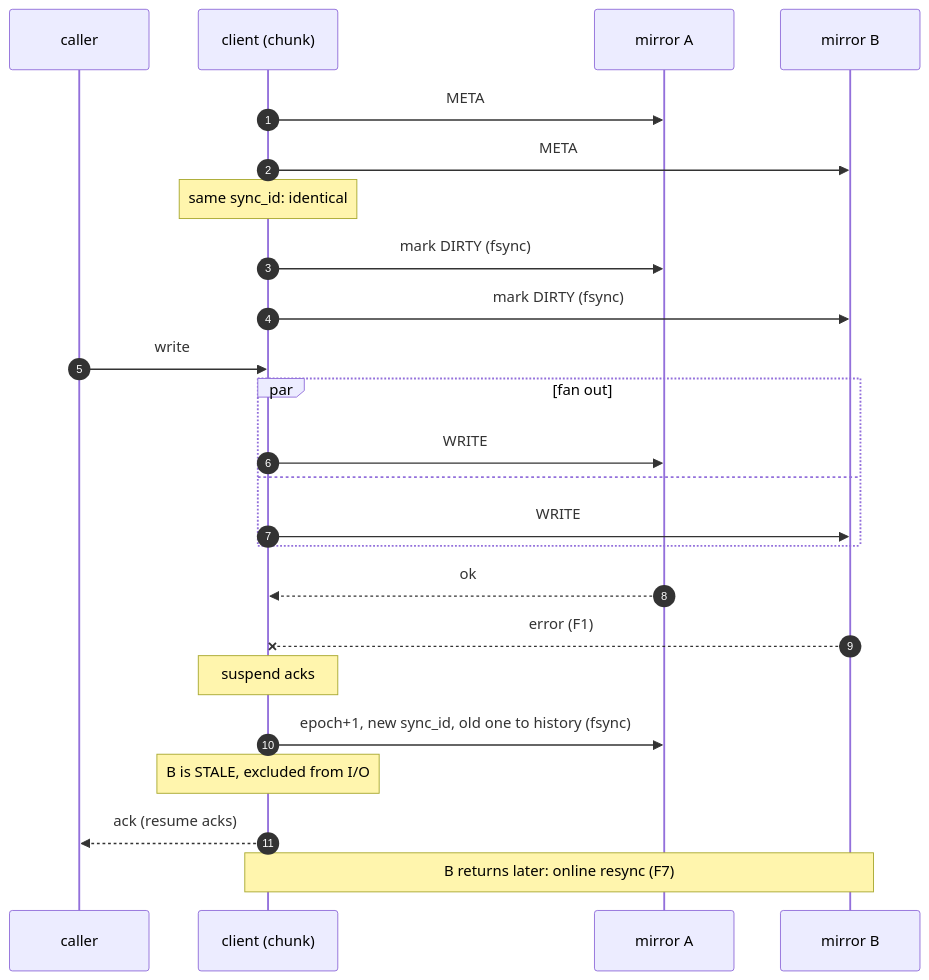
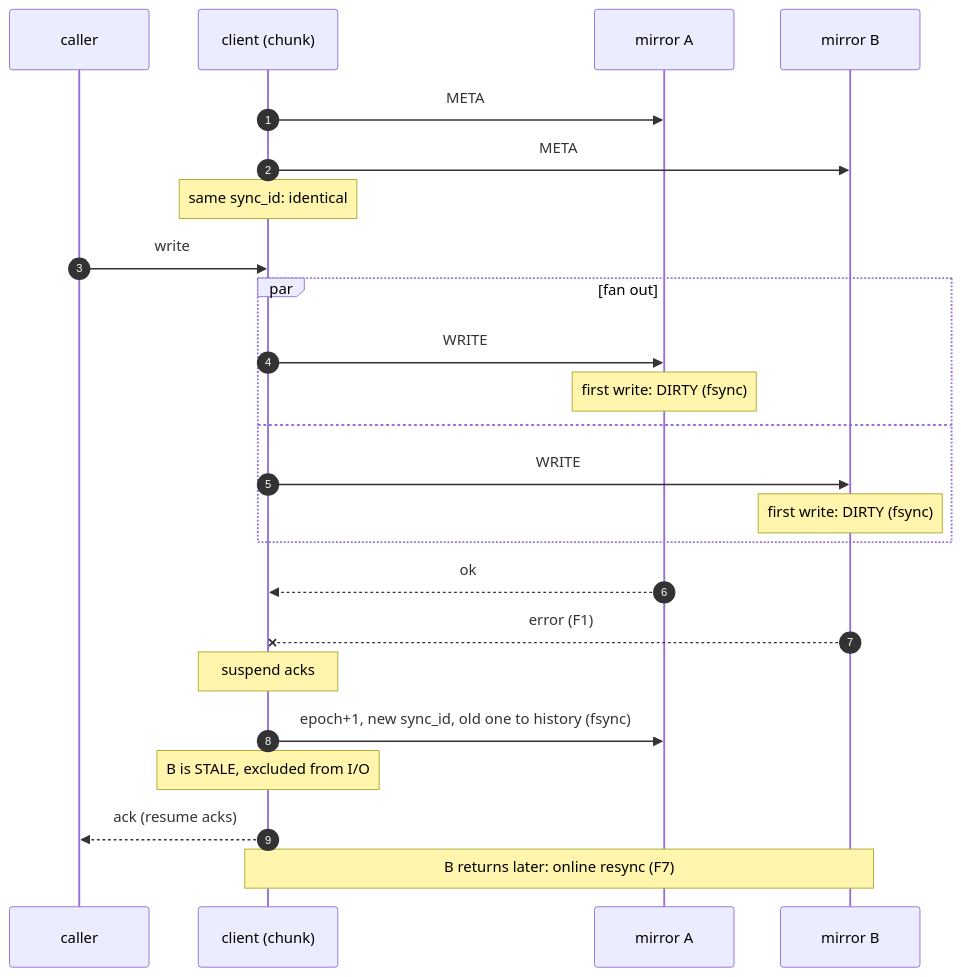
One commit to rawstor/librawstor changed the fifth of 6 diagrams in docs/mirroring.md. Above: the diagram before and after it, drawn with Mermaid. The commit also changed other lines of this file and 58 other files, not shown here.

````diff
--- a/docs/mirroring.md
+++ b/docs/mirroring.md
@@ -260,26 +341,26 @@
 ```mermaid
 sequenceDiagram
     autonumber
     participant App as caller
     participant C as client (chunk)
     participant A as mirror A
     participant B as mirror B
     C->>A: META
     C->>B: META
     Note over C: same sync_id: identical
-    C->>A: mark DIRTY (fsync)
-    C->>B: mark DIRTY (fsync)
     App->>C: write
     par fan out
         C->>A: WRITE
+        Note over A: first write: DIRTY (fsync)
     and
         C->>B: WRITE
+        Note over B: first write: DIRTY (fsync)
     end
     A-->>C: ok
     B--xC: error (F1)
     Note over C: suspend acks
     C->>A: epoch+1, new sync_id, old one to history (fsync)
     Note over C: B is STALE, excluded from I/O
     C-->>App: ack (resume acks)
     Note over B,C: B returns later: online resync (F7)
 ```
````
